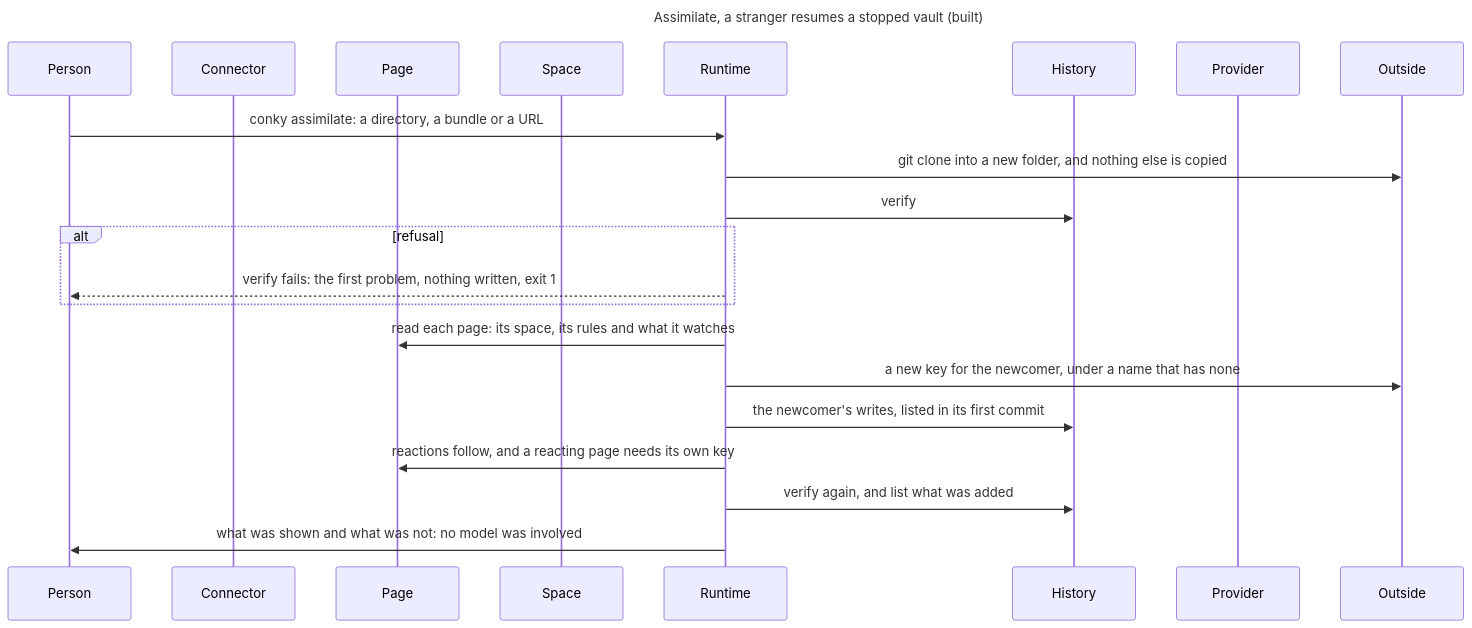
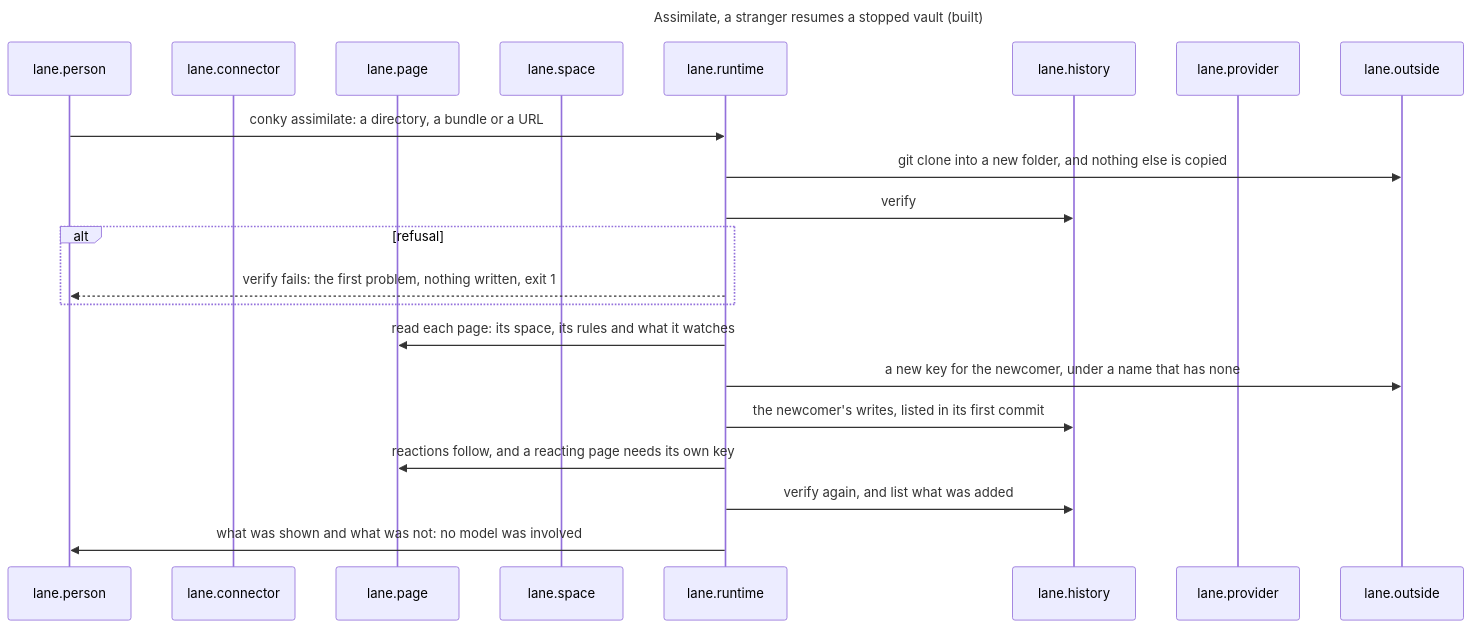
One commit to drksci/conky changed diagram 14 of 29 in docs/reference/architecture.md. Above: the diagram before and after it, drawn with Mermaid. The commit also changed other lines of this file and 84 other files, not shown here.

First line of the commit message:
refactor: give every part of the architecture a dotted name

````diff
--- a/docs/reference/architecture.md
+++ b/docs/reference/architecture.md
@@ -642,26 +670,26 @@
 ```mermaid
 ---
 title: Assimilate, a stranger resumes a stopped vault (built)
 ---
 sequenceDiagram
-    participant Person
-    participant Connector
-    participant Page
-    participant Space
-    participant Runtime
-    participant History
-    participant Provider
-    participant Outside
-    Person->>Runtime: conky assimilate: a directory, a bundle or a URL
-    Runtime->>Outside: git clone into a new folder, and nothing else is copied
-    Runtime->>History: verify
+    participant lane.person
+    participant lane.connector
+    participant lane.page
+    participant lane.space
+    participant lane.runtime
+    participant lane.history
+    participant lane.provider
+    participant lane.outside
+    lane.person->>lane.runtime: conky assimilate: a directory, a bundle or a URL
+    lane.runtime->>lane.outside: git clone into a new folder, and nothing else is copied
+    lane.runtime->>lane.history: verify
     alt refusal
-        Runtime-->>Person: verify fails: the first problem, nothing written, exit 1
+        lane.runtime-->>lane.person: verify fails: the first problem, nothing written, exit 1
     end
-    Runtime->>Page: read each page: its space, its rules and what it watches
-    Runtime->>Outside: a new key for the newcomer, under a name that has none
-    Runtime->>History: the newcomer's writes, listed in its first commit
-    Runtime->>Page: reactions follow, and a reacting page needs its own key
-    Runtime->>History: verify again, and list what was added
-    Runtime->>Person: what was shown and what was not: no model was involved
+    lane.runtime->>lane.page: read each page: its space, its rules and what it watches
+    lane.runtime->>lane.outside: a new key for the newcomer, under a name that has none
+    lane.runtime->>lane.history: the newcomer's writes, listed in its first commit
+    lane.runtime->>lane.page: reactions follow, and a reacting page needs its own key
+    lane.runtime->>lane.history: verify again, and list what was added
+    lane.runtime->>lane.person: what was shown and what was not: no model was involved
 ```
````
